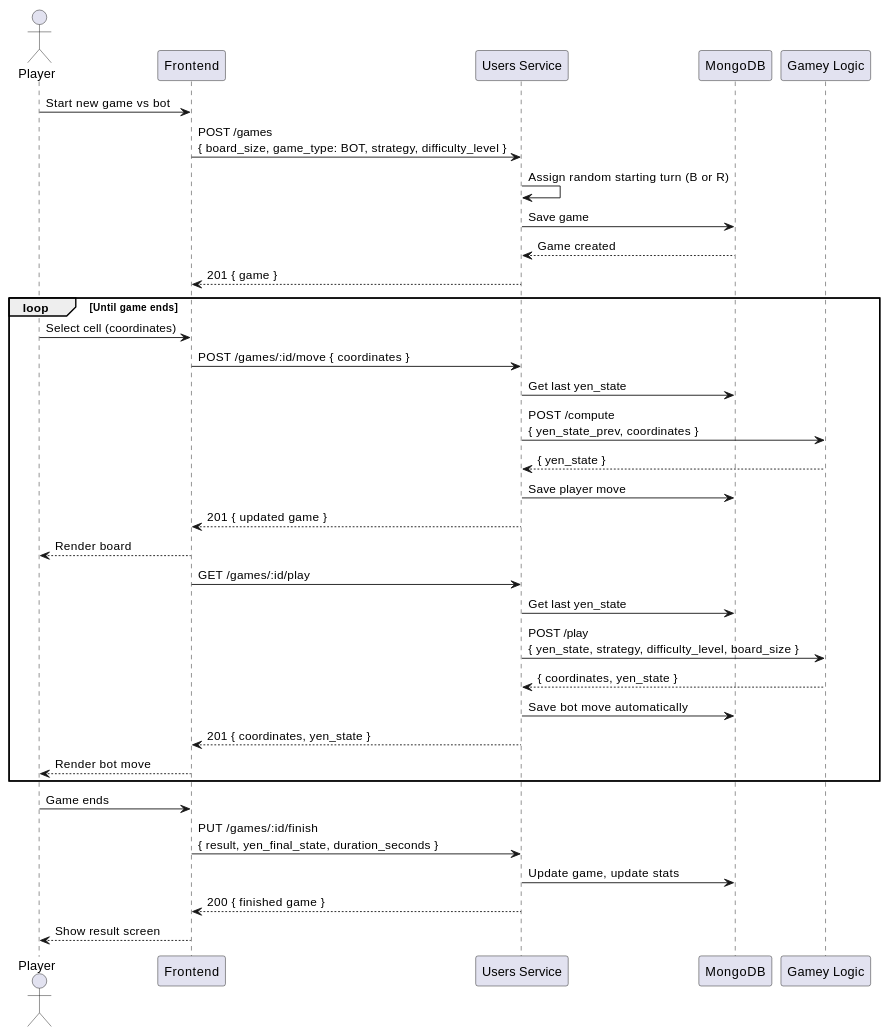
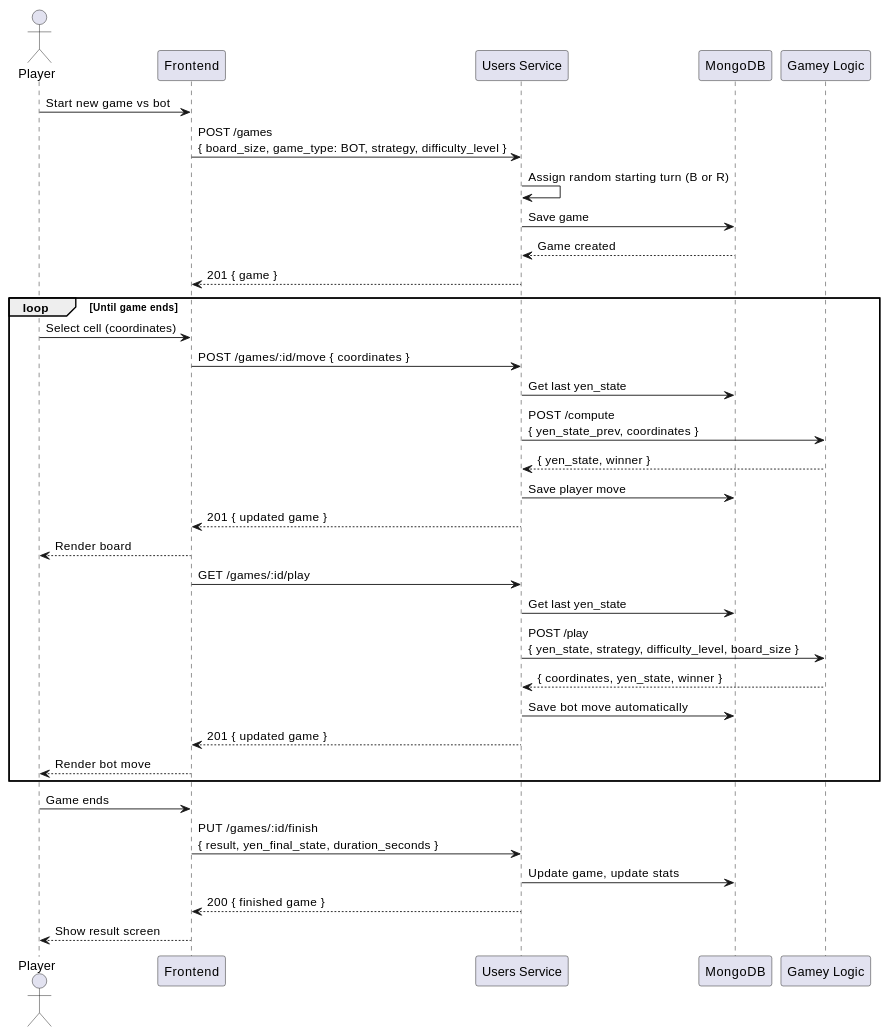
The third of 5 diagrams in docs/src/06_runtime_view.adoc (Arquisoft/yovi_en1b), drawn with PlantUML before and after one commit. The commit also changed other lines of this file, not shown here.

```diff
--- a/docs/src/06_runtime_view.adoc
+++ b/docs/src/06_runtime_view.adoc
@@ -105,42 +106,42 @@
 [plantuml,"pve-sequence",png]
 ----
 @startuml
 actor Player
 participant "Frontend" as FE
 participant "Users Service" as USERS
 participant "MongoDB" as DB
 participant "Gamey Logic" as GAMEY
 
 Player -> FE: Start new game vs bot
 FE -> USERS: POST /games\n{ board_size, game_type: BOT, strategy, difficulty_level }
 USERS -> USERS: Assign random starting turn (B or R)
 USERS -> DB: Save game
 DB --> USERS: Game created
 USERS --> FE: 201 { game }
 
 loop Until game ends
     Player -> FE: Select cell (coordinates)
     FE -> USERS: POST /games/:id/move { coordinates }
     USERS -> DB: Get last yen_state
     USERS -> GAMEY: POST /compute\n{ yen_state_prev, coordinates }
-    GAMEY --> USERS: { yen_state }
+    GAMEY --> USERS: { yen_state, winner }
     USERS -> DB: Save player move
     USERS --> FE: 201 { updated game }
     FE --> Player: Render board
 
     FE -> USERS: GET /games/:id/play
     USERS -> DB: Get last yen_state
     USERS -> GAMEY: POST /play\n{ yen_state, strategy, difficulty_level, board_size }
-    GAMEY --> USERS: { coordinates, yen_state }
+    GAMEY --> USERS: { coordinates, yen_state, winner }
     USERS -> DB: Save bot move automatically
-    USERS --> FE: 201 { coordinates, yen_state }
+    USERS --> FE: 201 { updated game }
     FE --> Player: Render bot move
 end
 
 Player -> FE: Game ends
 FE -> USERS: PUT /games/:id/finish\n{ result, yen_final_state, duration_seconds }
 USERS -> DB: Update game, update stats
 USERS --> FE: 200 { finished game }
 FE --> Player: Show result screen
 @enduml
 ----
```
